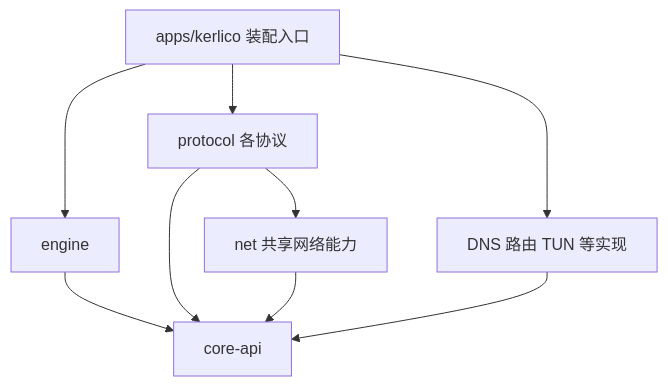
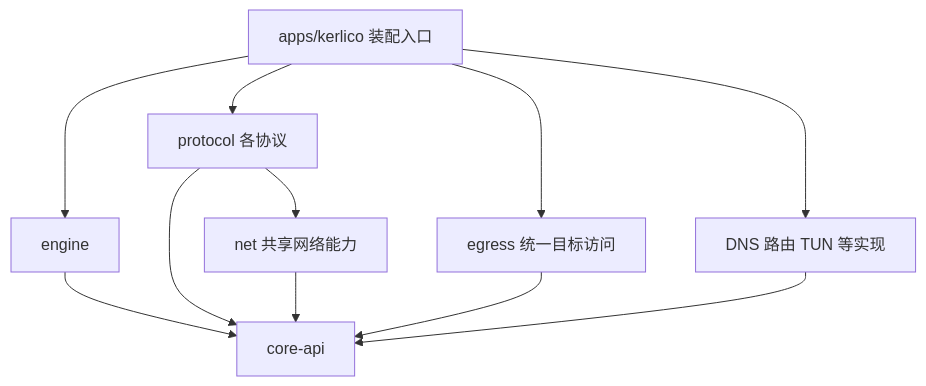
The diagram in docs/architecture.md (yuuuki-creation/kerlico), drawn with Mermaid before and after one commit. The commit also changed other lines of this file and 114 other files, not shown here.

````diff
--- a/docs/architecture.md
+++ b/docs/architecture.md
@@ -103,11 +113,13 @@
 ```mermaid
 flowchart TD
     A[apps/kerlico 装配入口] --> E[engine]
     A --> P[protocol 各协议]
+    A --> G[egress 统一目标访问]
     A --> F[DNS 路由 TUN 等实现]
     E --> I[core-api]
+    G --> I
     P --> I
     F --> I
     P --> N[net 共享网络能力]
     N --> I
 ```
````
